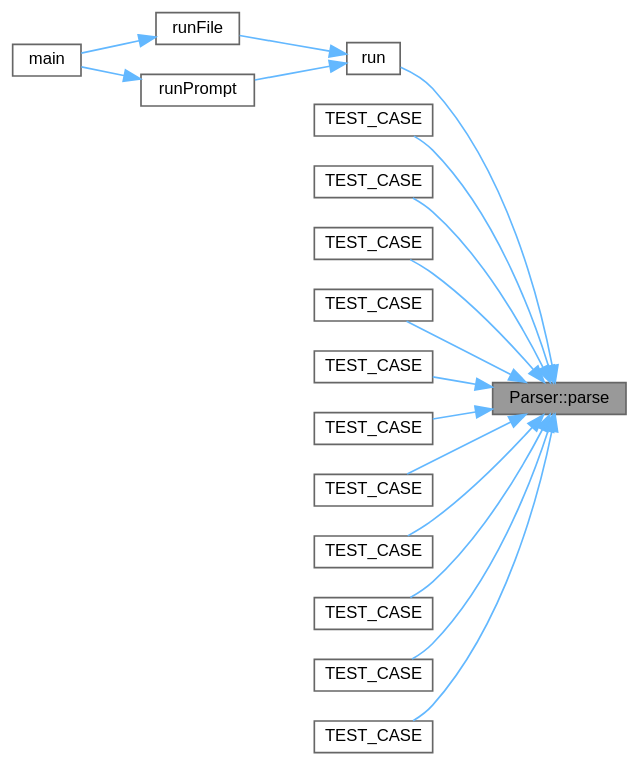
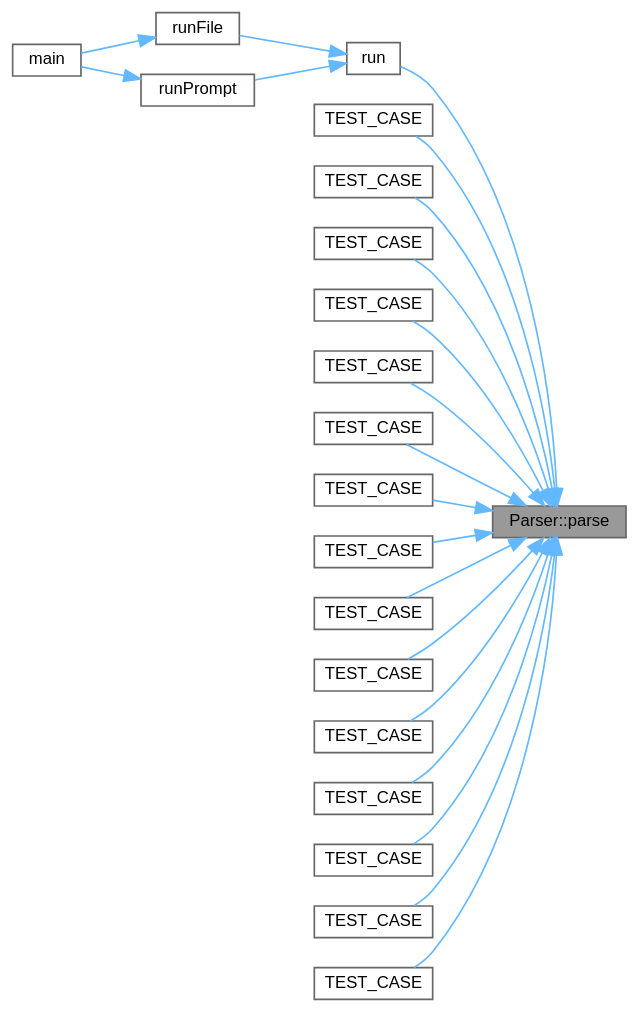
Before and after one commit to helcsnewsxd/gsc-interpreter: the diagram in classParser_aad339c9b8c635db45f4881560b22436b_icgraph.dot, drawn with Graphviz. The commit also changed 87 other files, not shown here.

```diff
--- a/classParser_aad339c9b8c635db45f4881560b22436b_icgraph.dot
+++ b/classParser_aad339c9b8c635db45f4881560b22436b_icgraph.dot
@@ -1,40 +1,48 @@
 digraph "Parser::parse"
 {
  // LATEX_PDF_SIZE
   bgcolor="transparent";
   edge [fontname=Helvetica,fontsize=10,labelfontname=Helvetica,labelfontsize=10];
   node [fontname=Helvetica,fontsize=10,shape=box,height=0.2,width=0.4];
   rankdir="RL";
   Node1 [id="Node000001",label="Parser::parse",height=0.2,width=0.4,color="gray40", fillcolor="grey60", style="filled", fontcolor="black",tooltip="Parses the tokens and returns a vector of statements."];
   Node1 -> Node2 [id="edge1_Node000001_Node000002",dir="back",color="steelblue1",style="solid",tooltip=" "];
   Node2 [id="Node000002",label="run",height=0.2,width=0.4,color="grey40", fillcolor="white", style="filled",URL="$main_8cpp.html#a7a2843aa356425e41907f7b3bc255b15",tooltip=" "];
   Node2 -> Node3 [id="edge2_Node000002_Node000003",dir="back",color="steelblue1",style="solid",tooltip=" "];
   Node3 [id="Node000003",label="runFile",height=0.2,width=0.4,color="grey40", fillcolor="white", style="filled",URL="$main_8cpp.html#abd88a82eb70f9e68f4ca9b5ebb923556",tooltip=" "];
   Node3 -> Node4 [id="edge3_Node000003_Node000004",dir="back",color="steelblue1",style="solid",tooltip=" "];
   Node4 [id="Node000004",label="main",height=0.2,width=0.4,color="grey40", fillcolor="white", style="filled",URL="$main_8cpp.html#a0ddf1224851353fc92bfbff6f499fa97",tooltip=" "];
   Node2 -> Node5 [id="edge4_Node000002_Node000005",dir="back",color="steelblue1",style="solid",tooltip=" "];
   Node5 [id="Node000005",label="runPrompt",height=0.2,width=0.4,color="grey40", fillcolor="white", style="filled",URL="$main_8cpp.html#a2177fc6f8c300b3c24f38817ba64da30",tooltip=" "];
   Node5 -> Node4 [id="edge5_Node000005_Node000004",dir="back",color="steelblue1",style="solid",tooltip=" "];
   Node1 -> Node6 [id="edge6_Node000001_Node000006",dir="back",color="steelblue1",style="solid",tooltip=" "];
   Node6 [id="Node000006",label="TEST_CASE",height=0.2,width=0.4,color="grey40", fillcolor="white", style="filled",URL="$parserTest_8cpp.html#a7ced63c244d89a0287885227e6ca5879",tooltip=" "];
   Node1 -> Node7 [id="edge7_Node000001_Node000007",dir="back",color="steelblue1",style="solid",tooltip=" "];
   Node7 [id="Node000007",label="TEST_CASE",height=0.2,width=0.4,color="grey40", fillcolor="white", style="filled",URL="$parserTest_8cpp.html#ac4d51930b2f5f7c73059f13e0d89458b",tooltip=" "];
   Node1 -> Node8 [id="edge8_Node000001_Node000008",dir="back",color="steelblue1",style="solid",tooltip=" "];
   Node8 [id="Node000008",label="TEST_CASE",height=0.2,width=0.4,color="grey40", fillcolor="white", style="filled",URL="$parserTest_8cpp.html#a55524814b474408c670a590165e022c9",tooltip=" "];
   Node1 -> Node9 [id="edge9_Node000001_Node000009",dir="back",color="steelblue1",style="solid",tooltip=" "];
   Node9 [id="Node000009",label="TEST_CASE",height=0.2,width=0.4,color="grey40", fillcolor="white", style="filled",URL="$parserTest_8cpp.html#a10d080988786e16f4192485cb1c788dc",tooltip=" "];
   Node1 -> Node10 [id="edge10_Node000001_Node000010",dir="back",color="steelblue1",style="solid",tooltip=" "];
   Node10 [id="Node000010",label="TEST_CASE",height=0.2,width=0.4,color="grey40", fillcolor="white", style="filled",URL="$parserTest_8cpp.html#a315563ec8109a83640b4e06805019d4b",tooltip=" "];
   Node1 -> Node11 [id="edge11_Node000001_Node000011",dir="back",color="steelblue1",style="solid",tooltip=" "];
   Node11 [id="Node000011",label="TEST_CASE",height=0.2,width=0.4,color="grey40", fillcolor="white", style="filled",URL="$parserTest_8cpp.html#ae1d55c6632fe39884c96f67beedf783c",tooltip=" "];
   Node1 -> Node12 [id="edge12_Node000001_Node000012",dir="back",color="steelblue1",style="solid",tooltip=" "];
   Node12 [id="Node000012",label="TEST_CASE",height=0.2,width=0.4,color="grey40", fillcolor="white", style="filled",URL="$parserTest_8cpp.html#a69a12a730a3a398fc4d0bd99420d05e7",tooltip=" "];
   Node1 -> Node13 [id="edge13_Node000001_Node000013",dir="back",color="steelblue1",style="solid",tooltip=" "];
-  Node13 [id="Node000013",label="TEST_CASE",height=0.2,width=0.4,color="grey40", fillcolor="white", style="filled",URL="$parserTest_8cpp.html#a426c450a959f66acc7830754a58ac98e",tooltip=" "];
+  Node13 [id="Node000013",label="TEST_CASE",height=0.2,width=0.4,color="grey40", fillcolor="white", style="filled",URL="$parserTest_8cpp.html#ad489a403c82e76e00b10b653d9e6442c",tooltip=" "];
   Node1 -> Node14 [id="edge14_Node000001_Node000014",dir="back",color="steelblue1",style="solid",tooltip=" "];
-  Node14 [id="Node000014",label="TEST_CASE",height=0.2,width=0.4,color="grey40", fillcolor="white", style="filled",URL="$parserTest_8cpp.html#aed73810e8f8494e720796ca982d50ba9",tooltip=" "];
+  Node14 [id="Node000014",label="TEST_CASE",height=0.2,width=0.4,color="grey40", fillcolor="white", style="filled",URL="$parserTest_8cpp.html#ac20cff215516792cec7d9fe533c893b0",tooltip=" "];
   Node1 -> Node15 [id="edge15_Node000001_Node000015",dir="back",color="steelblue1",style="solid",tooltip=" "];
-  Node15 [id="Node000015",label="TEST_CASE",height=0.2,width=0.4,color="grey40", fillcolor="white", style="filled",URL="$parserTest_8cpp.html#ac6e05f98550a9d5d394db83d120e1fe7",tooltip=" "];
+  Node15 [id="Node000015",label="TEST_CASE",height=0.2,width=0.4,color="grey40", fillcolor="white", style="filled",URL="$parserTest_8cpp.html#a426c450a959f66acc7830754a58ac98e",tooltip=" "];
   Node1 -> Node16 [id="edge16_Node000001_Node000016",dir="back",color="steelblue1",style="solid",tooltip=" "];
-  Node16 [id="Node000016",label="TEST_CASE",height=0.2,width=0.4,color="grey40", fillcolor="white", style="filled",URL="$parserTest_8cpp.html#aaf508adce65f442ed0c970f650d6a12b",tooltip=" "];
+  Node16 [id="Node000016",label="TEST_CASE",height=0.2,width=0.4,color="grey40", fillcolor="white", style="filled",URL="$parserTest_8cpp.html#aed73810e8f8494e720796ca982d50ba9",tooltip=" "];
+  Node1 -> Node17 [id="edge17_Node000001_Node000017",dir="back",color="steelblue1",style="solid",tooltip=" "];
+  Node17 [id="Node000017",label="TEST_CASE",height=0.2,width=0.4,color="grey40", fillcolor="white", style="filled",URL="$parserTest_8cpp.html#a8e68f877f941e96e628789e3b7c26e58",tooltip=" "];
+  Node1 -> Node18 [id="edge18_Node000001_Node000018",dir="back",color="steelblue1",style="solid",tooltip=" "];
+  Node18 [id="Node000018",label="TEST_CASE",height=0.2,width=0.4,color="grey40", fillcolor="white", style="filled",URL="$parserTest_8cpp.html#ac6e05f98550a9d5d394db83d120e1fe7",tooltip=" "];
+  Node1 -> Node19 [id="edge19_Node000001_Node000019",dir="back",color="steelblue1",style="solid",tooltip=" "];
+  Node19 [id="Node000019",label="TEST_CASE",height=0.2,width=0.4,color="grey40", fillcolor="white", style="filled",URL="$parserTest_8cpp.html#aaf508adce65f442ed0c970f650d6a12b",tooltip=" "];
+  Node1 -> Node20 [id="edge20_Node000001_Node000020",dir="back",color="steelblue1",style="solid",tooltip=" "];
+  Node20 [id="Node000020",label="TEST_CASE",height=0.2,width=0.4,color="grey40", fillcolor="white", style="filled",URL="$parserTest_8cpp.html#ad841e92f8ac193583535a552ee996f73",tooltip=" "];
 }
```
